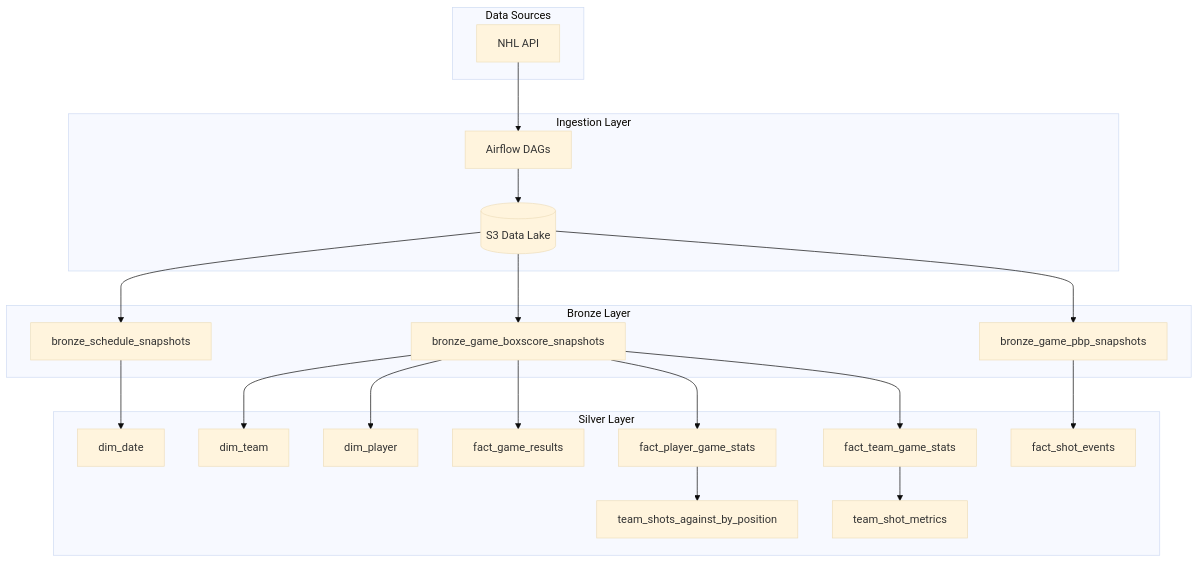
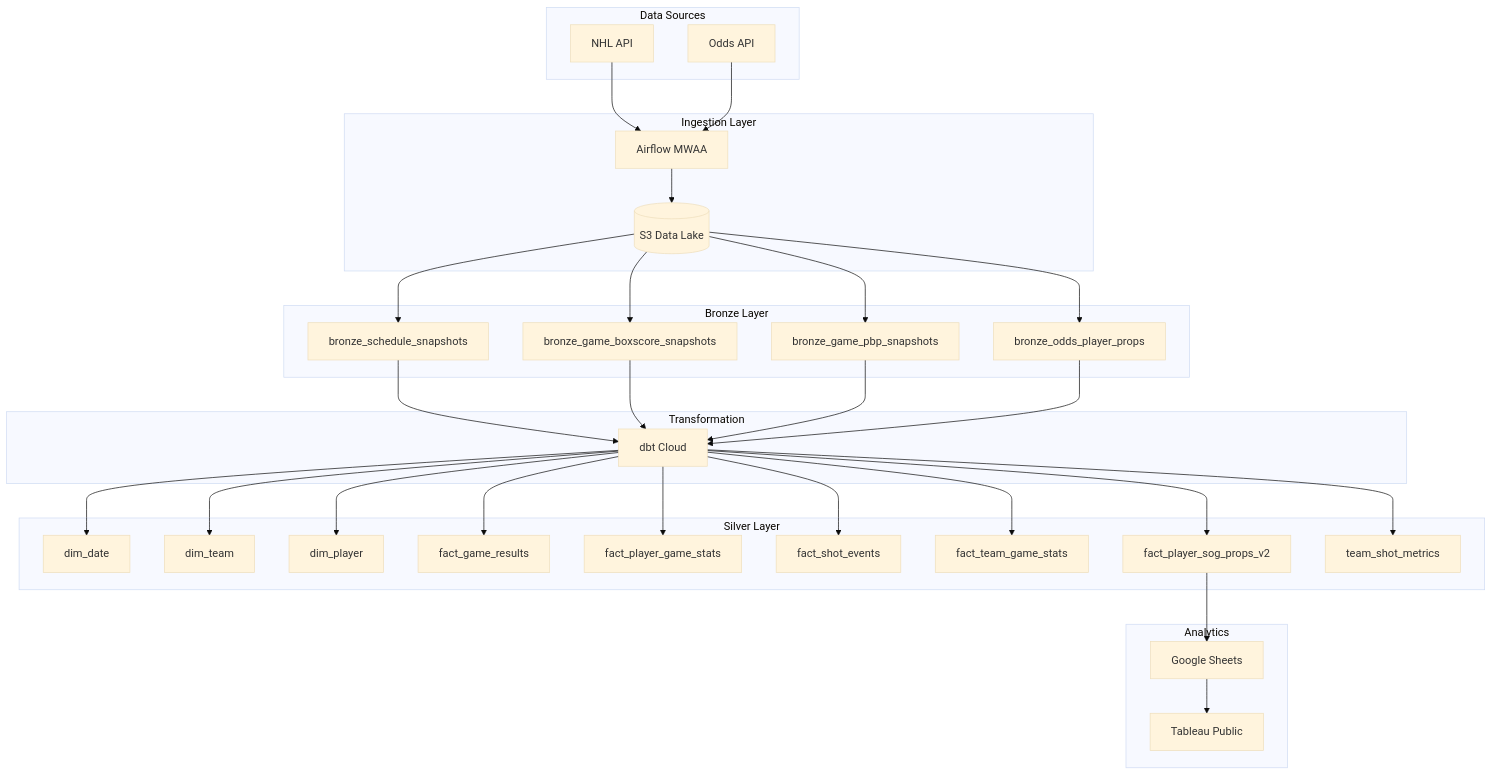
Before and after one commit to Cullen92/nhl-data-pipeline: the diagram in README.md, drawn with Mermaid (base theme). The commit also changed other lines of this file and 1 other file, not shown here.

Commit message:
Updating the notes for the project on some decisions and progress made.

````diff
--- a/README.md
+++ b/README.md
@@ -49,36 +51,47 @@
 ```mermaid
 flowchart TB
     subgraph Sources["Data Sources"]
         API[NHL API]
+        ODDS[Odds API]
     end
     
     subgraph Ingestion["Ingestion Layer"]
-        AF[Airflow DAGs]
+        AF[Airflow MWAA]
         S3[(S3 Data Lake)]
+    end
+    
+    subgraph Transform["Transformation"]
+        DBT[dbt Cloud]
     end
     
     subgraph Bronze["Bronze Layer"]
         B1[bronze_schedule_snapshots]
         B2[bronze_game_boxscore_snapshots]
         B3[bronze_game_pbp_snapshots]
+        B4[bronze_odds_player_props]
     end
     
     subgraph Silver["Silver Layer"]
         D1[dim_date]
         D2[dim_team]
         D3[dim_player]
         F1[fact_game_results]
         F2[fact_player_game_stats]
         F3[fact_shot_events]
         F4[fact_team_game_stats]
+        F5[fact_player_sog_props_v2]
         M1[team_shot_metrics]
-        M2[team_shots_against_by_position]
     end
     
-    API --> AF --> S3 --> B1 & B2 & B3
-    B1 --> D1
-    B2 --> D2 & D3 & F1 & F2 & F4
-    B3 --> F3
-    F4 --> M1
-    F2 --> M2
+    subgraph Output["Analytics"]
+        GS[Google Sheets]
+        TAB[Tableau Public]
+    end
+    
+    API --> AF
+    ODDS --> AF
+    AF --> S3 --> B1 & B2 & B3 & B4
+    B1 & B2 & B3 & B4 --> DBT
+    DBT --> D1 & D2 & D3 & F1 & F2 & F3 & F4 & F5 & M1
+    F5 --> GS --> TAB
 ```
````
